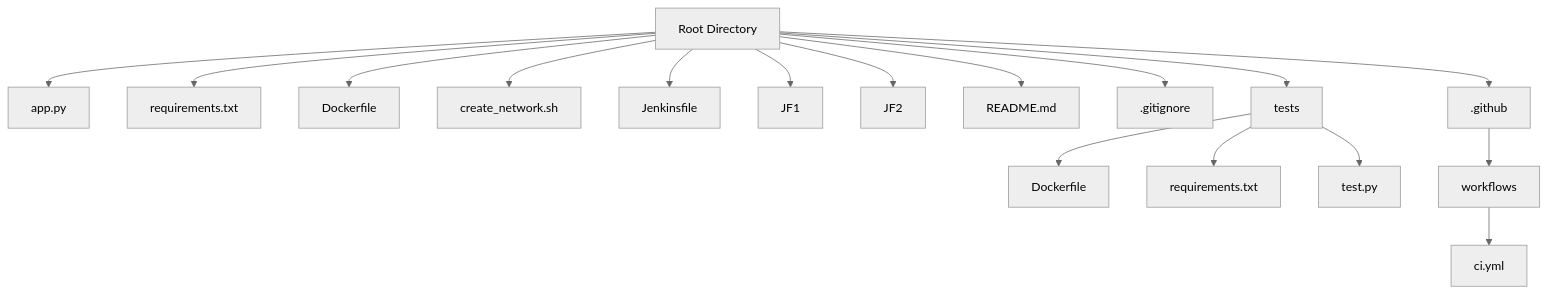
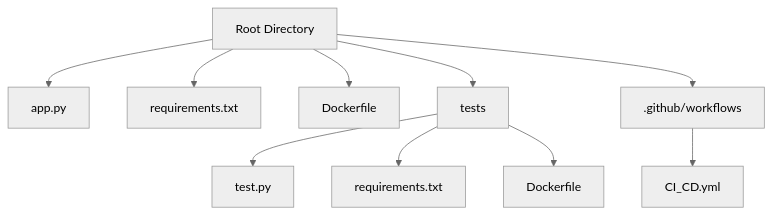
One commit to serhiiyasenev/multibranch-pipeline-project changed the first of 3 diagrams in README.md. Above: the diagram before and after it, drawn with Mermaid (neutral theme). The commit also changed other lines of this file and 8 other files, not shown here.

````diff
--- a/README.md
+++ b/README.md
@@ -13,20 +13,13 @@
 ```mermaid
 graph TD
   A[Root Directory]
   A --> B[app.py]
   A --> C[requirements.txt]
   A --> D[Dockerfile]
-  A --> E[create_network.sh]
-  A --> F[Jenkinsfile]
-  A --> G[JF1]
-  A --> H[JF2]
-  A --> I[README.md]
-  A --> J[.gitignore]
   A --> K[tests]
-  A --> L[.github]
-  K --> K1[Dockerfile]
+  A --> L[.github/workflows]
+  K --> K1[test.py]
   K --> K2[requirements.txt]
-  K --> K3[test.py]
-  L --> L1[workflows]
-  L1 --> L2[ci.yml]
+  K --> K3[Dockerfile]
+  L --> L1[CI_CD.yml]
 ```
````
